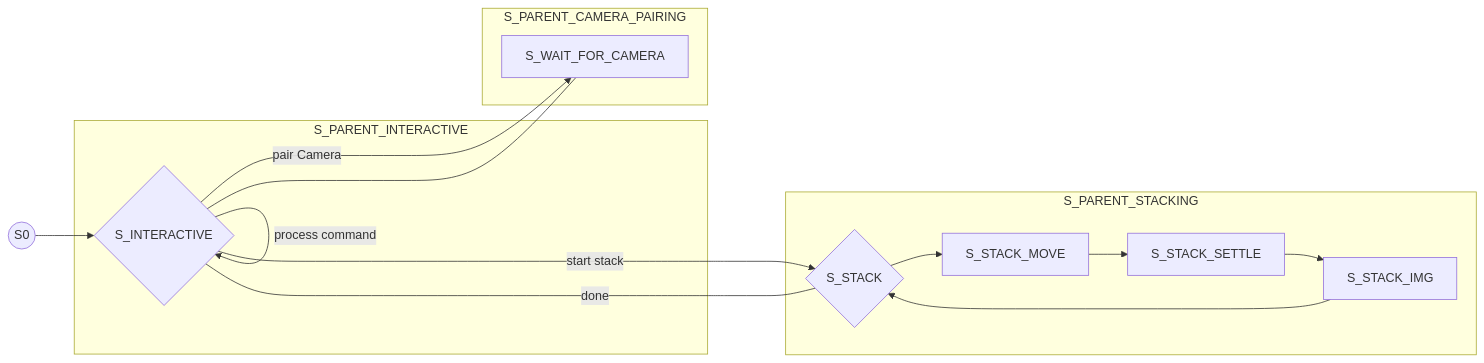
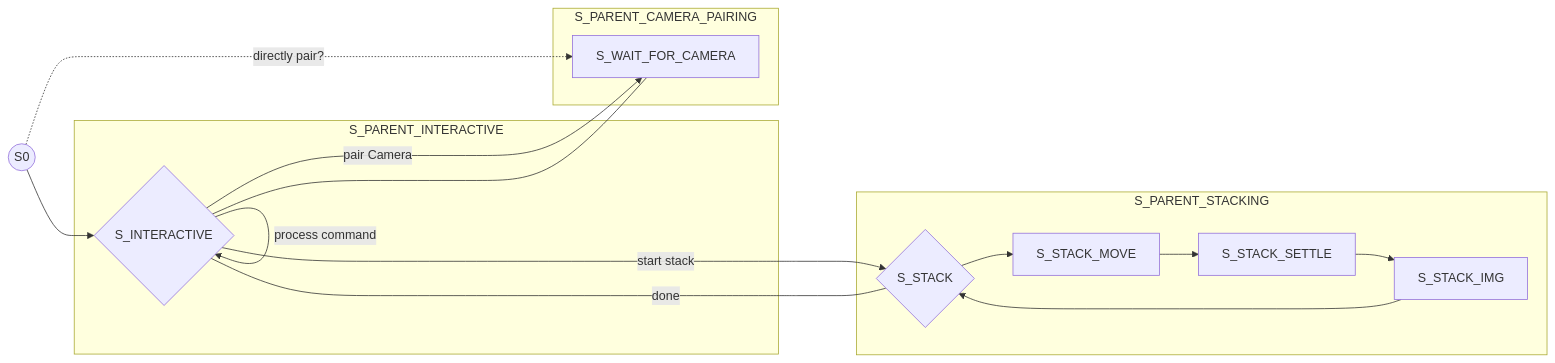
The diagram in app/mermaid.StateMachine.mmd (maxhbr/zephyr-rail), drawn with Mermaid before and after one commit. The commit also changed 3 other files, not shown here.

```diff
--- a/app/mermaid.StateMachine.mmd
+++ b/app/mermaid.StateMachine.mmd
@@ -1,28 +1,29 @@
 flowchart LR;
     S0((S0));
 
     subgraph S_PARENT_INTERACTIVE
       S_INTERACTIVE{S_INTERACTIVE}
     end
 
     subgraph S_PARENT_CAMERA_PAIRING
       S_WAIT_FOR_CAMERA;
     end
     
     subgraph S_PARENT_STACKING;
       S_STACK{S_STACK}
       S_STACK_MOVE;
       S_STACK_SETTLE;
       S_STACK_IMG;
     end
 
     S0 --> S_INTERACTIVE;
+    S0 -. directly pair? .-> S_WAIT_FOR_CAMERA;
     S_INTERACTIVE --->|pair Camera| S_WAIT_FOR_CAMERA;
     S_INTERACTIVE <--- S_WAIT_FOR_CAMERA;
     S_INTERACTIVE -->|process command| S_INTERACTIVE;
     S_INTERACTIVE -->|start stack| S_STACK;
     S_INTERACTIVE <-----|done| S_STACK;
     S_STACK_MOVE --> S_STACK_SETTLE;
     S_STACK_SETTLE --> S_STACK_IMG;
     S_STACK_IMG --> S_STACK;
     S_STACK --> S_STACK_MOVE;
```
